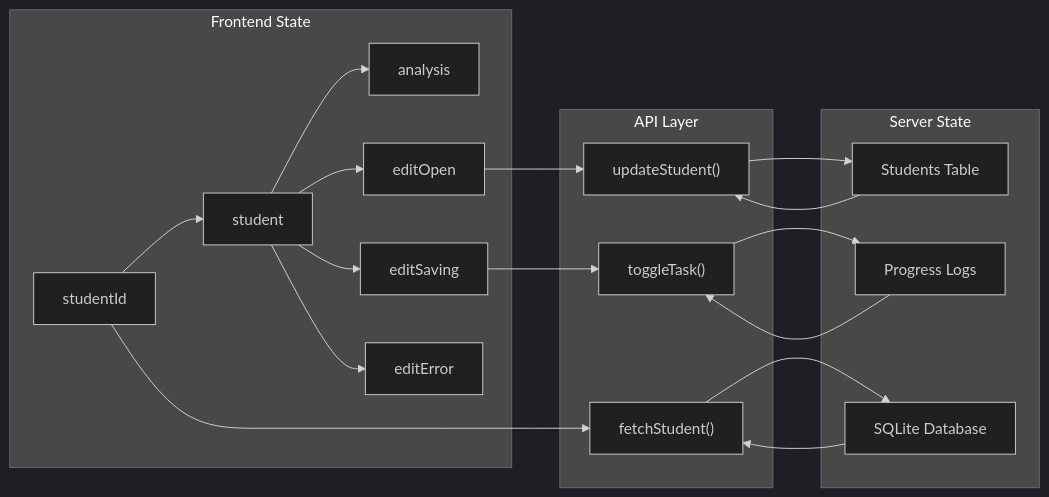
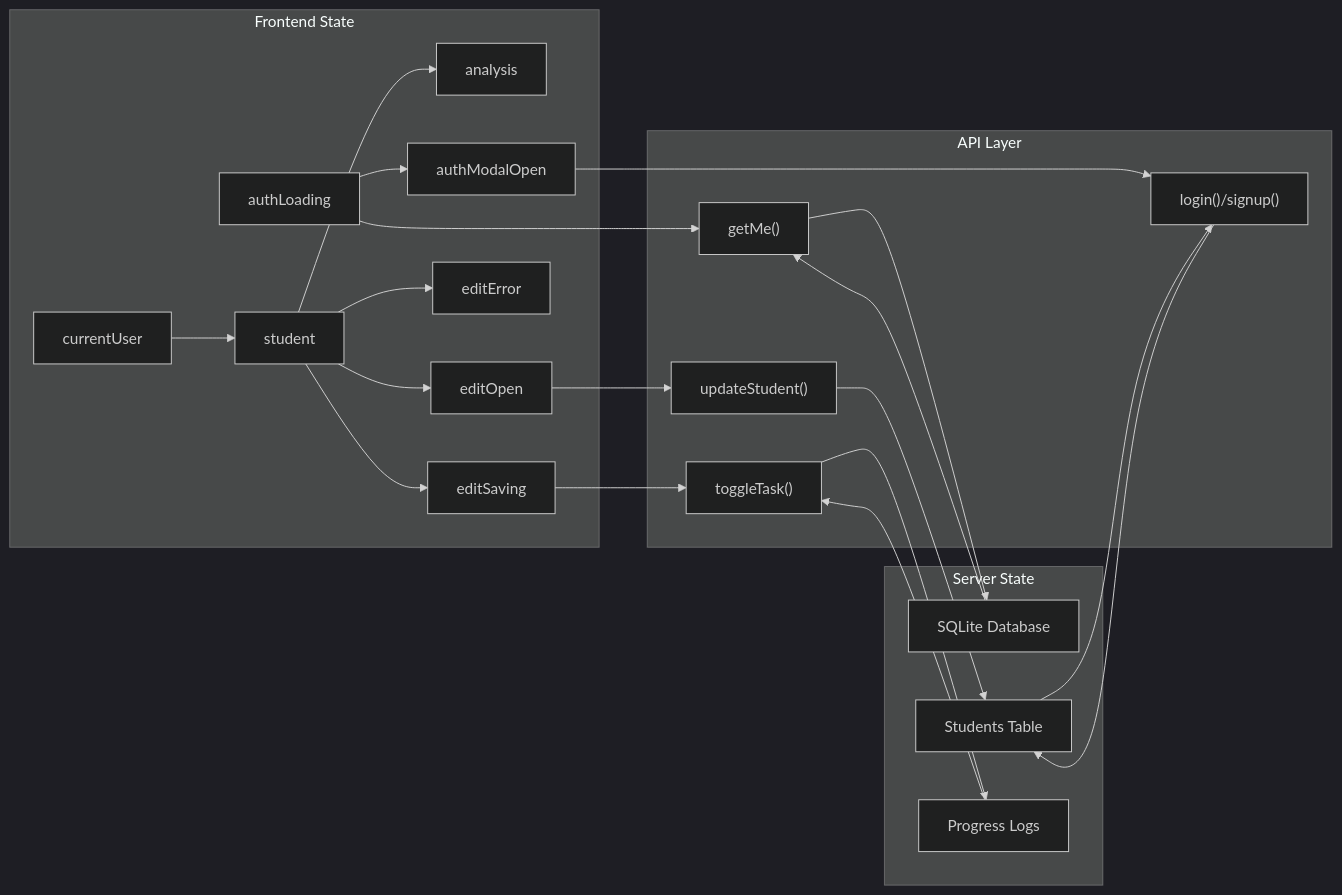
Before and after one commit to Alishba-Moin/CareerCompass: the seventh of 8 diagrams in .qoder/repowiki/en/content/Core Features/Profile Management System.md, drawn with Mermaid (dark theme). The commit also changed other lines of this file and 17 other files, not shown here.

````diff
--- a/.qoder/repowiki/en/content/Core Features/Profile Management System.md
+++ b/.qoder/repowiki/en/content/Core Features/Profile Management System.md
@@ -303,29 +462,33 @@
 ```mermaid
 graph LR
 subgraph "Frontend State"
-A["studentId"] --> B["student"]
+A["currentUser"] --> B["student"]
 B --> C["analysis"]
 B --> D["editOpen"]
 B --> E["editSaving"]
 B --> F["editError"]
+G["authLoading"] --> H["authModalOpen"]
 end
 subgraph "Server State"
-G["SQLite Database"]
-H["Students Table"]
-I["Progress Logs"]
+I["SQLite Database"]
+J["Students Table"]
+K["Progress Logs"]
 end
 subgraph "API Layer"
-J["fetchStudent()"]
-K["updateStudent()"]
-L["toggleTask()"]
+L["getMe()"]
+M["login()/signup()"]
+N["updateStudent()"]
+O["toggleTask()"]
 end
-A --> J
-D --> K
-E --> L
-J --> G
-K --> H
+G --> L
+H --> M
+D --> N
+E --> O
 L --> I
-G --> J
-H --> K
+M --> J
+N --> J
+O --> K
 I --> L
+J --> M
+K --> O
 ```
````
